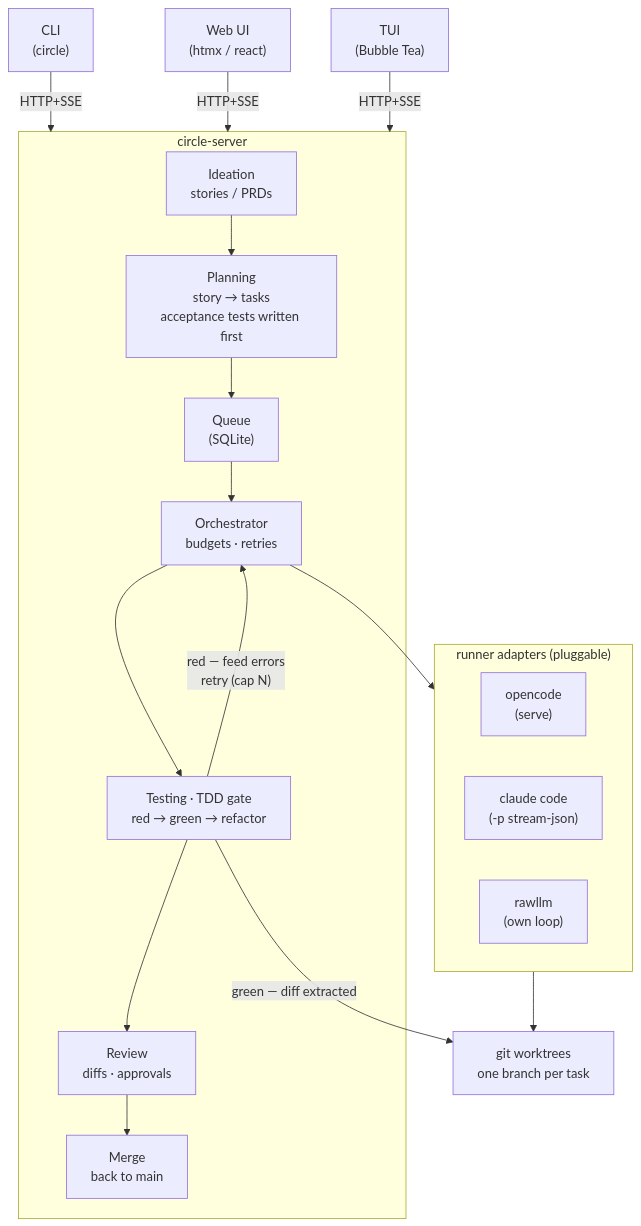
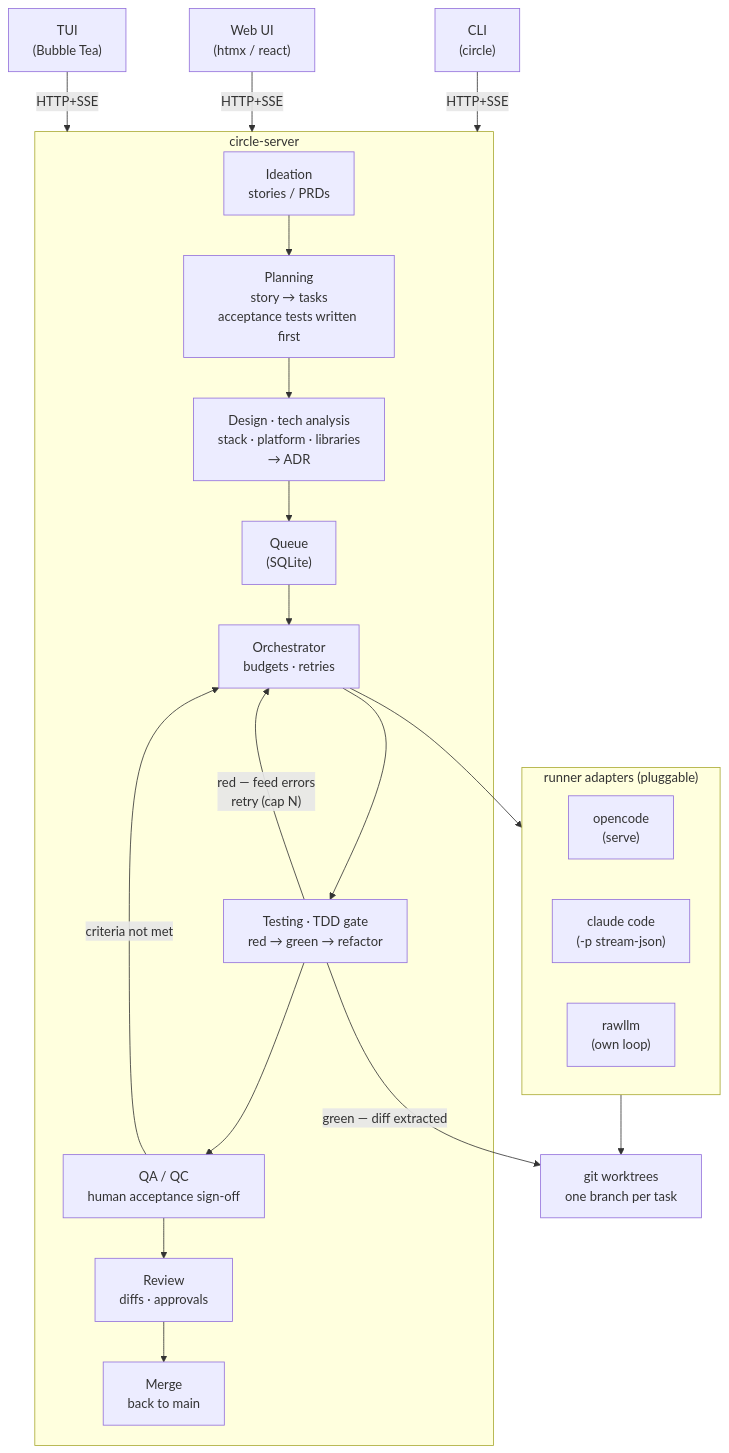
The diagram in README.md (jalusw/circle), drawn with Mermaid before and after one commit. The commit also changed other lines of this file and 2 other files, not shown here.

Commit message:
docs: add design/tech-analysis stage to lifecycle

````diff
--- a/README.md
+++ b/README.md
@@ -9,33 +10,36 @@
 ```mermaid
 flowchart TB
     Web["Web UI<br/>(htmx / react)"]
     TUI["TUI<br/>(Bubble Tea)"]
     CLI["CLI<br/>(circle)"]
 
     subgraph Server["circle-server"]
         Intake["Ideation<br/>stories / PRDs"]
         Plan["Planning<br/>story → tasks<br/>acceptance tests written first"]
+        Design["Design · tech analysis<br/>stack · platform · libraries<br/>→ ADR"]
         Queue["Queue<br/>(SQLite)"]
         Orch["Orchestrator<br/>budgets · retries"]
         Test["Testing · TDD gate<br/>red → green → refactor"]
+        QA["QA / QC<br/>human acceptance sign-off"]
         Review["Review<br/>diffs · approvals"]
         Merge["Merge<br/>back to main"]
-        Intake --> Plan --> Queue --> Orch --> Test --> Review --> Merge
+        Intake --> Plan --> Design --> Queue --> Orch --> Test --> QA --> Review --> Merge
         Test -->|"red — feed errors<br/>retry (cap N)"| Orch
+        QA -->|"criteria not met"| Orch
     end
 
     subgraph Runners["runner adapters (pluggable)"]
         OC["opencode<br/>(serve)"]
         CC["claude code<br/>(-p stream-json)"]
         RAW["rawllm<br/>(own loop)"]
     end
 
     Worktrees["git worktrees<br/>one branch per task"]
 
     CLI -->|HTTP+SSE| Server
     Web -->|HTTP+SSE| Server
     TUI -->|HTTP+SSE| Server
     Orch --> Runners
     Runners --> Worktrees
     Test -->|"green — diff extracted"| Worktrees
 ```
````
